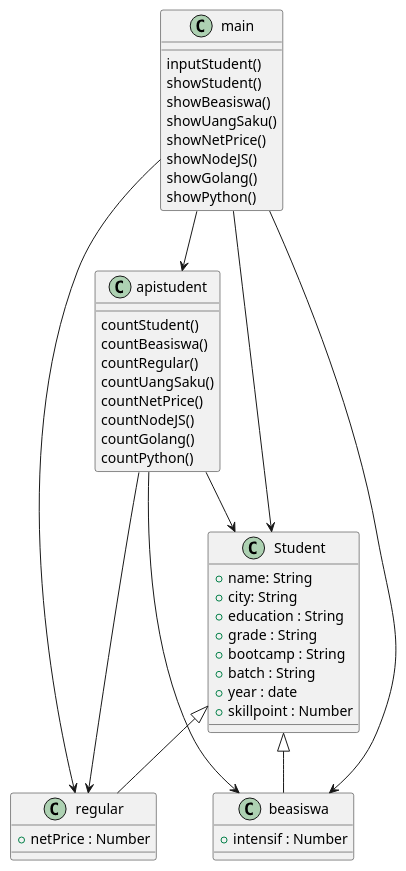
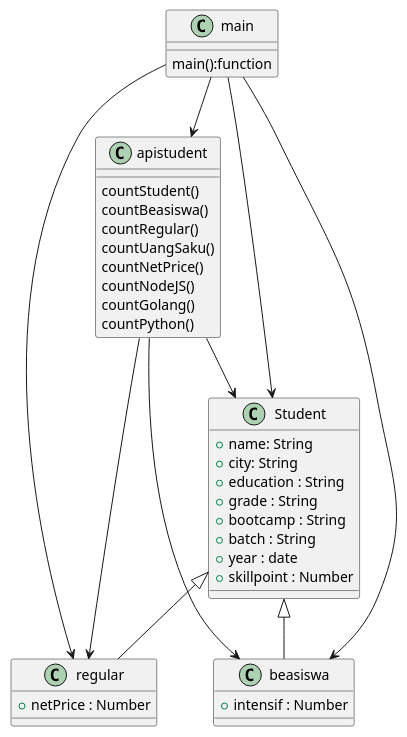
The diagram in week-1/day3/QUIZ/student.puml (farhanalih/code-academy), drawn with PlantUML before and after one commit. The commit also changed 7 other files, not shown here.

```diff
--- a/week-1/day3/QUIZ/student.puml
+++ b/week-1/day3/QUIZ/student.puml
@@ -1,51 +1,53 @@
 @startuml classdiagram-student
 
 class Student{
     +name: String
     +city: String
     +education : String
     +grade : String
     +bootcamp : String
     +batch : String
     +year : date
     +skillpoint : Number 
 }
 
 class regular extends Student{
     +netPrice : Number
 }
 
 class beasiswa extends Student{
     +intensif : Number
 }
 
 class apistudent{
     countStudent()
     countBeasiswa()
     countRegular()
     countUangSaku()
     countNetPrice()
     countNodeJS()
     countGolang()
     countPython()
 }
 
 class main {
-    inputStudent()
-    showStudent()
-    showBeasiswa()
-    showUangSaku()
-    showNetPrice()
-    showNodeJS()
-    showGolang()
-    showPython()
+    ' inputStudent()
+    ' showStudent()
+    ' showBeasiswa()
+    ' showUangSaku()
+    ' showNetPrice()
+    ' showNodeJS()
+    ' showGolang()
+    ' showPython()
+
+    main():function
 }
 
 apistudent --> Student
 apistudent --> regular
 apistudent --> beasiswa
 main --> Student
 main --> apistudent
 main --> beasiswa
 main --> regular
 @enduml
```
